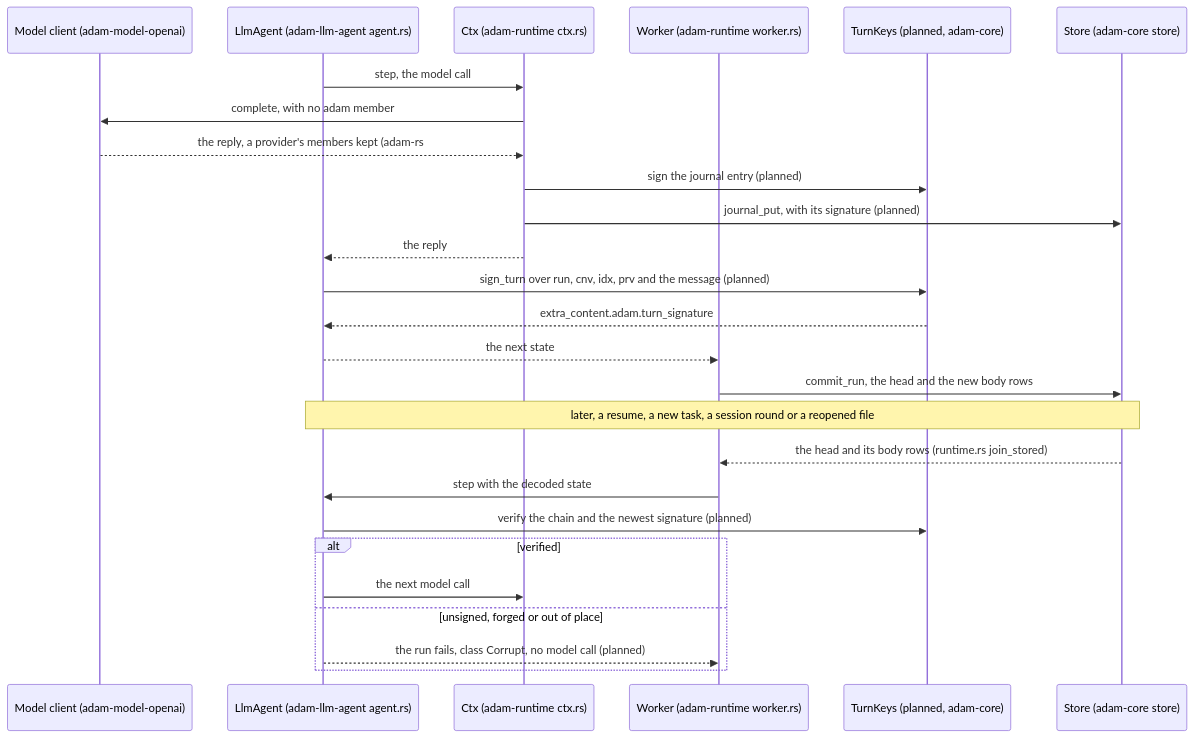
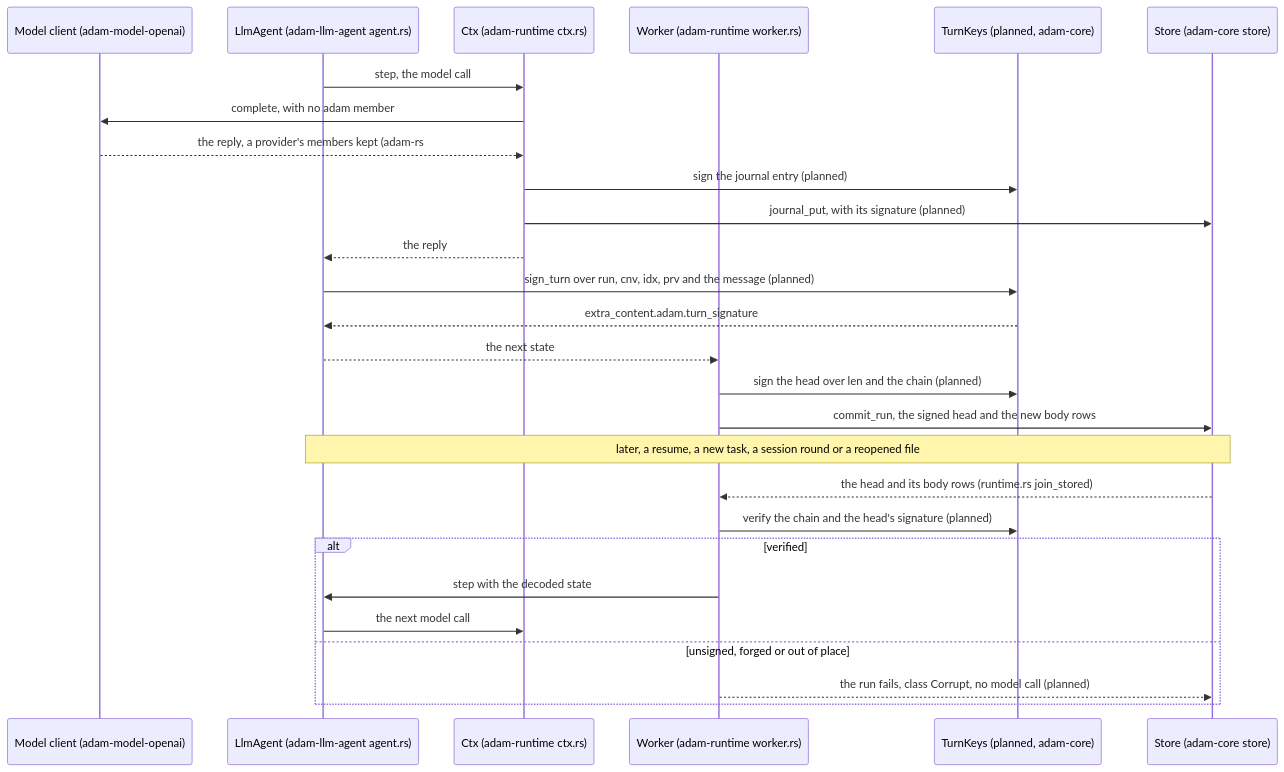
The first of 2 diagrams in docs/decisions/0068-adam-signs-its-own-history.md (vymalo/another-adam-rs), drawn with Mermaid before and after one commit. The commit also changed other lines of this file and 1 other file, not shown here.

First line of the commit message:
docs(adr): 0068, sign the head and bind forks to the caller

````diff
--- a/docs/decisions/0068-adam-signs-its-own-history.md
+++ b/docs/decisions/0068-adam-signs-its-own-history.md
@@ -174,28 +201,29 @@
 ```mermaid
 sequenceDiagram
     participant M as Model client (adam-model-openai)
     participant A as LlmAgent (adam-llm-agent agent.rs)
     participant C as Ctx (adam-runtime ctx.rs)
     participant W as Worker (adam-runtime worker.rs)
     participant K as TurnKeys (planned, adam-core)
     participant S as Store (adam-core store)
     A->>C: step, the model call
     C->>M: complete, with no adam member
     M-->>C: the reply, a provider's members kept (adam-rs#322)
     C->>K: sign the journal entry (planned)
     C->>S: journal_put, with its signature (planned)
     C-->>A: the reply
     A->>K: sign_turn over run, cnv, idx, prv and the message (planned)
     K-->>A: extra_content.adam.turn_signature
     A-->>W: the next state
-    W->>S: commit_run, the head and the new body rows
+    W->>K: sign the head over len and the chain (planned)
+    W->>S: commit_run, the signed head and the new body rows
     Note over A,S: later, a resume, a new task, a session round or a reopened file
     S-->>W: the head and its body rows (runtime.rs join_stored)
-    W->>A: step with the decoded state
-    A->>K: verify the chain and the newest signature (planned)
+    W->>K: verify the chain and the head's signature (planned)
     alt verified
+        W->>A: step with the decoded state
         A->>C: the next model call
     else unsigned, forged or out of place
-        A-->>W: the run fails, class Corrupt, no model call (planned)
+        W-->>S: the run fails, class Corrupt, no model call (planned)
     end
 ```
````
